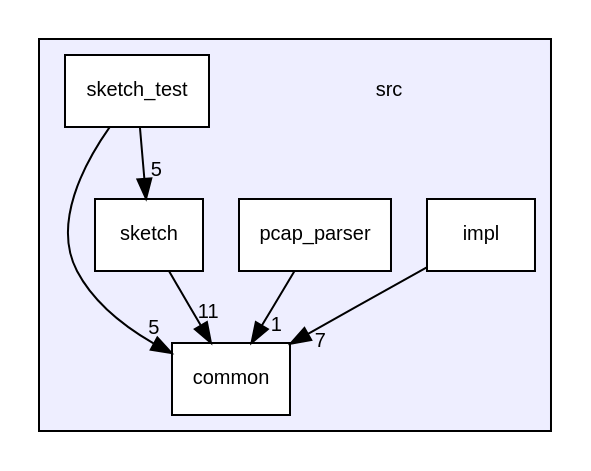
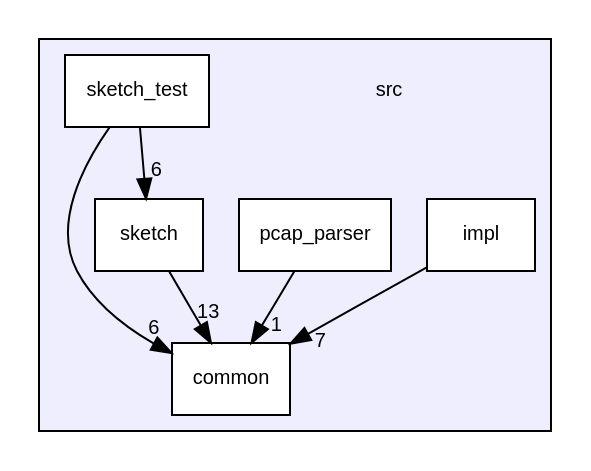
One commit to N2-Sys/OmniSketch changed the diagram in dir_68267d1309a1af8e8297ef4c3efbcdba_dep.dot. Above: the diagram before and after it, drawn with Graphviz. The commit also changed 159 other files, not shown here.

```diff
--- a/dir_68267d1309a1af8e8297ef4c3efbcdba_dep.dot
+++ b/dir_68267d1309a1af8e8297ef4c3efbcdba_dep.dot
@@ -1,19 +1,19 @@
 digraph "src" {
   compound=true
   node [ fontsize="10", fontname="Helvetica"];
   edge [ labelfontsize="10", labelfontname="Helvetica"];
   subgraph clusterdir_68267d1309a1af8e8297ef4c3efbcdba {
     graph [ bgcolor="#eeeeff", pencolor="black", label="" URL="dir_68267d1309a1af8e8297ef4c3efbcdba.html"];
     dir_68267d1309a1af8e8297ef4c3efbcdba [shape=plaintext label="src"];
     dir_fdedb0aba14d44ce9d99bc100e026e6a [shape=box label="common" color="black" fillcolor="white" style="filled" URL="dir_fdedb0aba14d44ce9d99bc100e026e6a.html"];
     dir_3808e3f8fe545b07b1d2715928fb0eea [shape=box label="impl" color="black" fillcolor="white" style="filled" URL="dir_3808e3f8fe545b07b1d2715928fb0eea.html"];
     dir_30715e57b45eec00a69ae0688450414c [shape=box label="pcap_parser" color="black" fillcolor="white" style="filled" URL="dir_30715e57b45eec00a69ae0688450414c.html"];
     dir_ef43dc1024c8c688fd3275ab544df33f [shape=box label="sketch" color="black" fillcolor="white" style="filled" URL="dir_ef43dc1024c8c688fd3275ab544df33f.html"];
     dir_5714b091328ca2b0817cfc81eebb0222 [shape=box label="sketch_test" color="black" fillcolor="white" style="filled" URL="dir_5714b091328ca2b0817cfc81eebb0222.html"];
   }
-  dir_ef43dc1024c8c688fd3275ab544df33f->dir_fdedb0aba14d44ce9d99bc100e026e6a [headlabel="11", labeldistance=1.5 headhref="dir_000006_000003.html"];
+  dir_ef43dc1024c8c688fd3275ab544df33f->dir_fdedb0aba14d44ce9d99bc100e026e6a [headlabel="13", labeldistance=1.5 headhref="dir_000006_000003.html"];
   dir_3808e3f8fe545b07b1d2715928fb0eea->dir_fdedb0aba14d44ce9d99bc100e026e6a [headlabel="7", labeldistance=1.5 headhref="dir_000004_000003.html"];
-  dir_5714b091328ca2b0817cfc81eebb0222->dir_ef43dc1024c8c688fd3275ab544df33f [headlabel="5", labeldistance=1.5 headhref="dir_000007_000006.html"];
-  dir_5714b091328ca2b0817cfc81eebb0222->dir_fdedb0aba14d44ce9d99bc100e026e6a [headlabel="5", labeldistance=1.5 headhref="dir_000007_000003.html"];
+  dir_5714b091328ca2b0817cfc81eebb0222->dir_ef43dc1024c8c688fd3275ab544df33f [headlabel="6", labeldistance=1.5 headhref="dir_000007_000006.html"];
+  dir_5714b091328ca2b0817cfc81eebb0222->dir_fdedb0aba14d44ce9d99bc100e026e6a [headlabel="6", labeldistance=1.5 headhref="dir_000007_000003.html"];
   dir_30715e57b45eec00a69ae0688450414c->dir_fdedb0aba14d44ce9d99bc100e026e6a [headlabel="1", labeldistance=1.5 headhref="dir_000005_000003.html"];
 }
```
